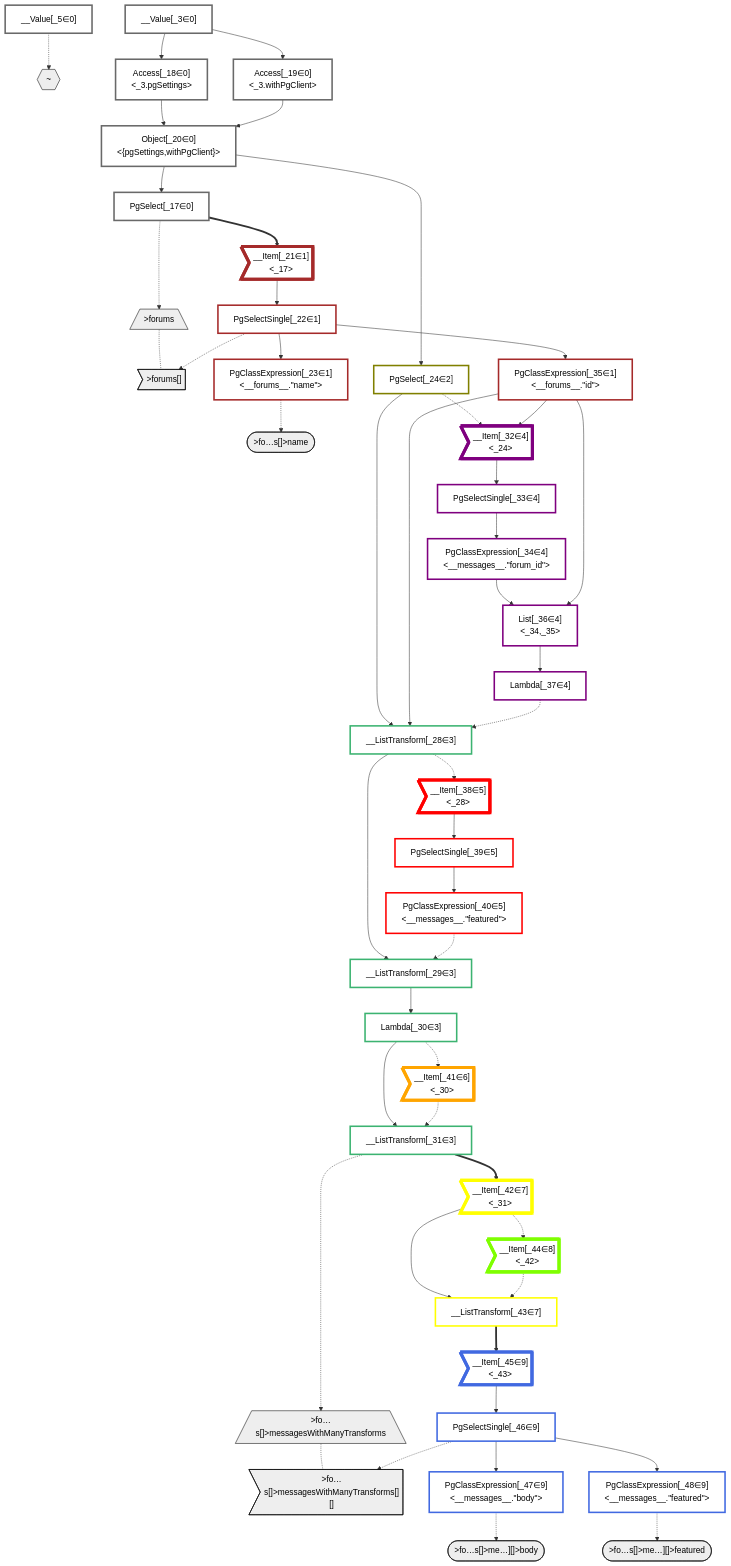
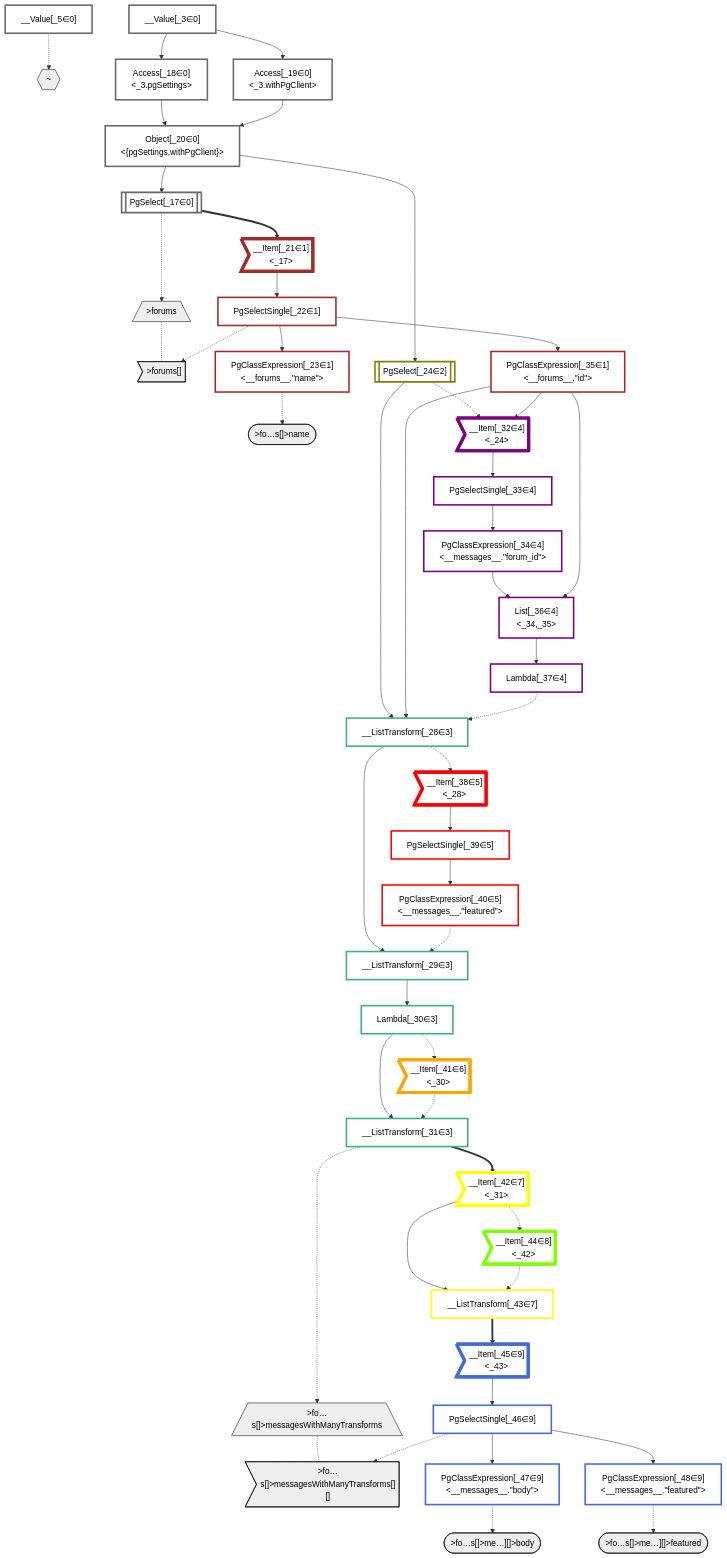
The diagram in packages/dataplan-pg/__tests__/queries/functions/computed-column-forums-messages-with-many-transforms.defer.mermaid.md (graphile/crystal), drawn with Mermaid before and after one commit. The commit also changed 195 other files, not shown here.

```diff
--- a/packages/dataplan-pg/__tests__/queries/functions/computed-column-forums-messages-with-many-transforms.defer.mermaid.md
+++ b/packages/dataplan-pg/__tests__/queries/functions/computed-column-forums-messages-with-many-transforms.defer.mermaid.md
@@ -26,14 +26,14 @@
     %% define plans
     __Value_3["__Value[_3∈0]<br /><context>"]:::plan
     __Value_5["__Value[_5∈0]<br /><rootValue>"]:::plan
-    PgSelect_17["PgSelect[_17∈0]<br /><forums>"]:::plan
+    PgSelect_17[["PgSelect[_17∈0]<br /><forums>"]]:::plan
     Access_18["Access[_18∈0]<br /><_3.pgSettings>"]:::plan
     Access_19["Access[_19∈0]<br /><_3.withPgClient>"]:::plan
     Object_20["Object[_20∈0]<br /><{pgSettings,withPgClient}>"]:::plan
     __Item_21>"__Item[_21∈1]<br /><_17>"]:::itemplan
     PgSelectSingle_22["PgSelectSingle[_22∈1]<br /><forums>"]:::plan
     PgClassExpression_23["PgClassExpression[_23∈1]<br /><__forums__.#quot;name#quot;>"]:::plan
-    PgSelect_24["PgSelect[_24∈2]<br /><messages>"]:::plan
+    PgSelect_24[["PgSelect[_24∈2]<br /><messages>"]]:::plan
     __ListTransform_28["__ListTransform[_28∈3]<br /><filter:_24>"]:::plan
     __ListTransform_29["__ListTransform[_29∈3]<br /><groupBy:_28>"]:::plan
     Lambda_30["Lambda[_30∈3]"]:::plan
```
